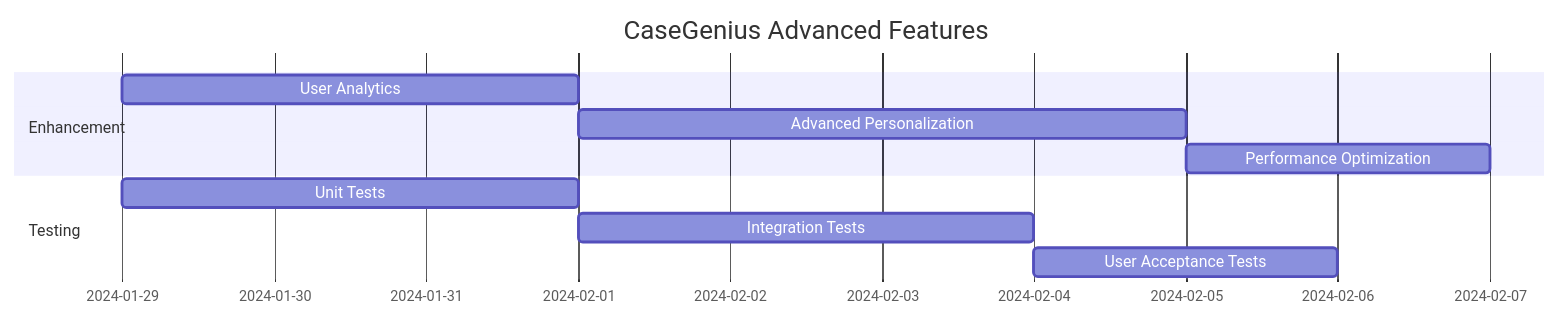
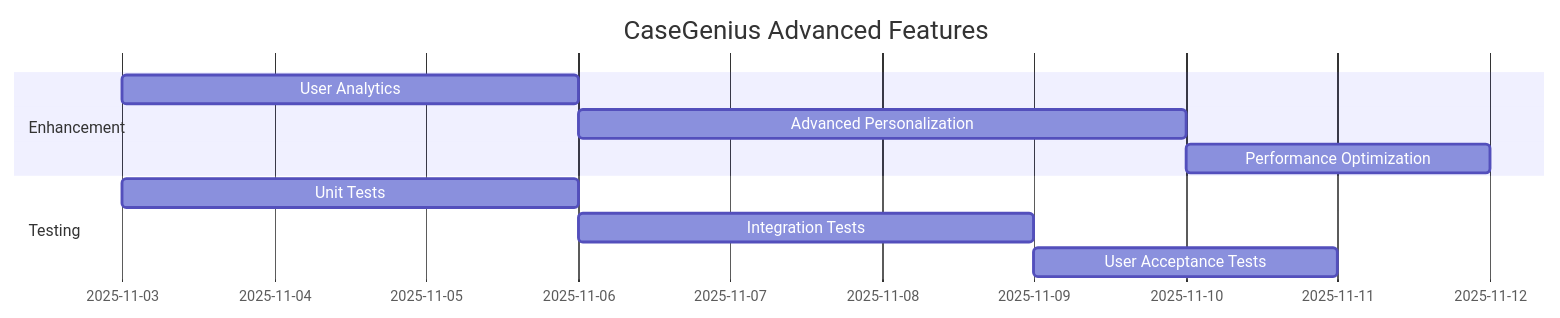
One commit to ananasDDA/fundamentals_of_software_engineering changed the third of 3 diagrams in ПРАКТИЧЕСКАЯ РАБОТА №1.md. Above: the diagram before and after it, drawn with Mermaid. The commit also changed other lines of this file, not shown here.

````diff
--- a/ПРАКТИЧЕСКАЯ РАБОТА №1.md
+++ b/ПРАКТИЧЕСКАЯ РАБОТА №1.md
@@ -117,13 +117,13 @@
 ```mermaid
 gantt
     title CaseGenius Advanced Features
     dateFormat  YYYY-MM-DD
     section Enhancement
-    User Analytics         :analytics, 2024-01-29, 3d
+    User Analytics         :analytics, 2025-11-03, 3d
     Advanced Personalization :personal, after analytics, 4d
     Performance Optimization :perf, after personal, 2d
     section Testing
-    Unit Tests            :unit, 2024-01-29, 3d
+    Unit Tests            :unit, 2025-11-03, 3d
     Integration Tests     :integration, after unit, 3d
     User Acceptance Tests :uat, after integration, 2d
 ```
````
